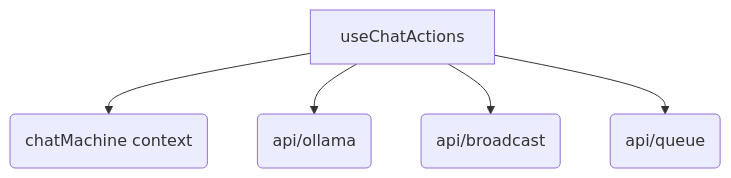
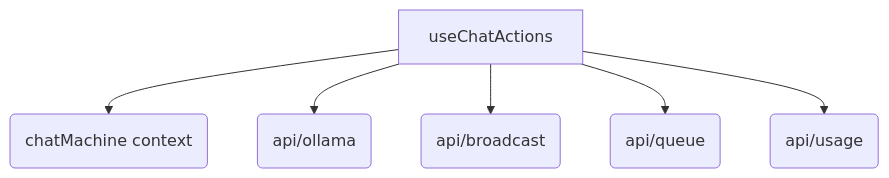
One commit to DovahkiinYuzuko/ddo-saba changed the diagram in docs/variables'n'functions/TypeScript/useChatActions.md. Above: the diagram before and after it, drawn with Mermaid. The commit also changed other lines of this file and 11 other files, not shown here.

````diff
--- a/docs/variables'n'functions/TypeScript/useChatActions.md
+++ b/docs/variables'n'functions/TypeScript/useChatActions.md
@@ -5,7 +5,8 @@
 ```mermaid
 graph TD
     A[useChatActions] --> B(chatMachine context)
     A --> C(api/ollama)
     A --> D(api/broadcast)
     A --> E(api/queue)
+    A --> F(api/usage)
 ```
````
